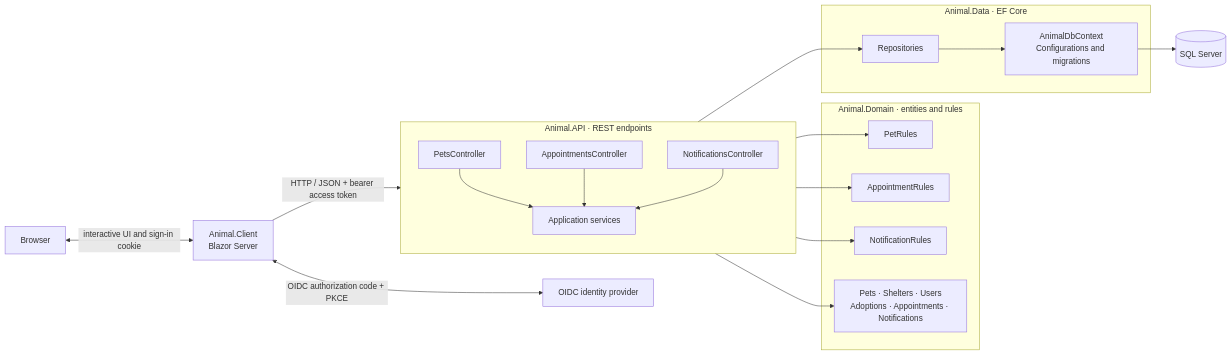
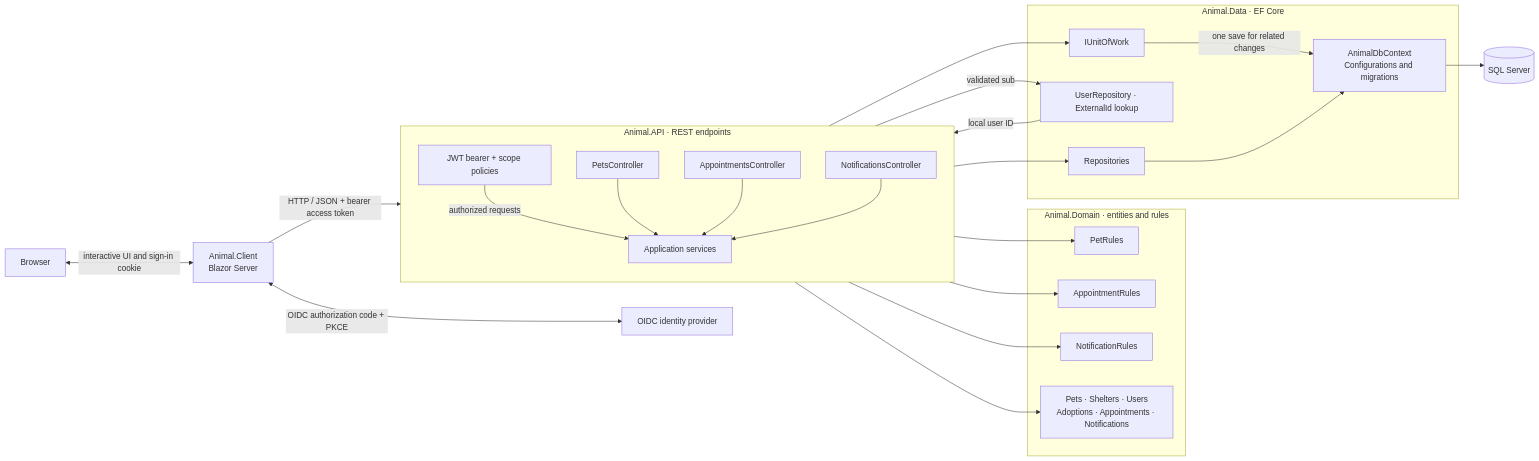
One commit to AidinYaseri/Team-5-Web-Programming changed the diagram in docs/diagrams/service-diagram.mmd. Above: the diagram before and after it, drawn with Mermaid. The commit also changed 2 other files, not shown here.

```diff
--- a/docs/diagrams/service-diagram.mmd
+++ b/docs/diagrams/service-diagram.mmd
@@ -1,40 +1,48 @@
 flowchart LR
     Browser[Browser]
     Client[Animal.Client<br/>Blazor Server]
     Identity[OIDC identity provider]
 
     subgraph API["Animal.API · REST endpoints"]
         direction TB
         Pets[PetsController]
         Appointments[AppointmentsController]
         Notifications[NotificationsController]
+        Auth[JWT bearer + scope policies]
         Services[Application services]
     end
 
     subgraph DOMAIN["Animal.Domain · entities and rules"]
         PetRules[PetRules]
         AppointmentRules[AppointmentRules]
         NotificationRules[NotificationRules]
         Entities[Pets · Shelters · Users<br/>Adoptions · Appointments · Notifications]
     end
 
     subgraph DATA["Animal.Data · EF Core"]
         Repos[Repositories]
+        UserRepo[UserRepository · ExternalId lookup]
+        UnitOfWork[IUnitOfWork]
         Context[AnimalDbContext<br/>Configurations and migrations]
     end
 
     Database[(SQL Server)]
 
     Browser <-->|interactive UI and sign-in cookie| Client
     Client <-->|OIDC authorization code + PKCE| Identity
     Client -->|HTTP / JSON + bearer access token| API
+    Auth -->|validated sub| UserRepo
+    UserRepo -->|local user ID| Auth
+    Auth -->|authorized requests| Services
     Pets --> Services
     Appointments --> Services
     Notifications --> Services
     Services --> PetRules
     Services --> AppointmentRules
     Services --> NotificationRules
     Services --> Entities
     Services --> Repos
+    Services --> UnitOfWork
+    UnitOfWork -->|one save for related changes| Context
     Repos --> Context
     Context --> Database
```
